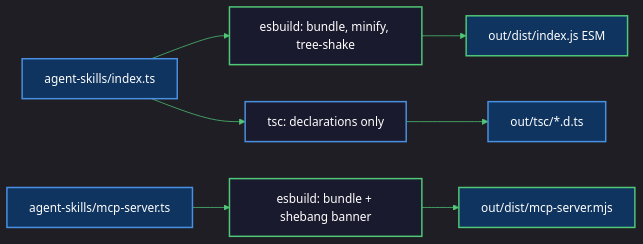
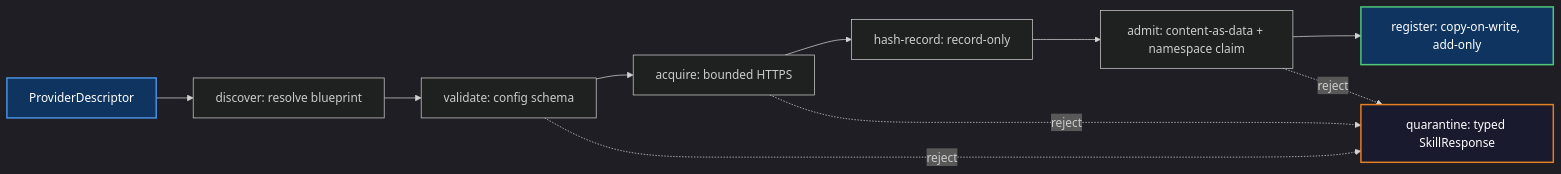
Before and after one commit to stdiobus/skills: the second of 3 diagrams in README.md, drawn with Mermaid. The commit also changed other lines of this file, not shown here.

First line of the commit message:
docs: update README with federated skills runtime and admission control

````diff
--- a/README.md
+++ b/README.md
@@ -589,23 +130,17 @@
 ```mermaid
-%%{init: {'theme':'dark', 'themeVariables':{'primaryColor':'#1a1a2e','primaryTextColor':'#fff','primaryBorderColor':'#4a90e2','lineColor':'#50c878','secondaryColor':'#16213e','tertiaryColor':'#0f3460'}}}%%
+%%{init: {'theme':'dark', 'themeVariables':{'actorBkg':'#1a1a2e','actorBorder':'#4a90e2','actorTextColor':'#fff','signalColor':'#50c878','signalTextColor':'#ddd','noteBkgColor':'#16213e','noteTextColor':'#fff','noteBorderColor':'#e67e22','activationBkgColor':'#0f3460','activationBorderColor':'#9b59b6','sequenceNumberColor':'#f39c12'}}}%%
 flowchart LR
-  SRC1[agent-skills/index.ts]
-  SRC2[agent-skills/mcp-server.ts]
+  D[ProviderDescriptor] --> DISC[discover: resolve blueprint]
+  DISC --> VAL[validate: config schema]
+  VAL --> ACQ[acquire: bounded HTTPS]
+  ACQ --> HASH[hash-record: record-only]
+  HASH --> ADMIT[admit: content-as-data + namespace claim]
+  ADMIT --> REG[register: copy-on-write, add-only]
+  VAL -.reject.-> Q[quarantine: typed SkillResponse]
+  ACQ -.reject.-> Q
+  ADMIT -.reject.-> Q
 
-  SRC1 --> ESB1[esbuild: bundle, minify, tree-shake]
-  SRC2 --> ESB2[esbuild: bundle + shebang banner]
-  SRC1 --> TSC[tsc: declarations only]
-
-  ESB1 --> DIST1[out/dist/index.js ESM]
-  ESB2 --> DIST2[out/dist/mcp-server.mjs]
-  TSC --> TYPES[out/tsc/*.d.ts]
-
-  style SRC1 fill:#0f3460,stroke:#4a90e2,stroke-width:2px,color:#fff
-  style SRC2 fill:#0f3460,stroke:#4a90e2,stroke-width:2px,color:#fff
-  style ESB1 fill:#1a1a2e,stroke:#50c878,stroke-width:2px,color:#fff
-  style ESB2 fill:#1a1a2e,stroke:#50c878,stroke-width:2px,color:#fff
-  style TSC fill:#1a1a2e,stroke:#4a90e2,stroke-width:2px,color:#fff
-  style DIST1 fill:#0f3460,stroke:#50c878,stroke-width:2px,color:#fff
-  style DIST2 fill:#0f3460,stroke:#50c878,stroke-width:2px,color:#fff
-  style TYPES fill:#0f3460,stroke:#4a90e2,stroke-width:2px,color:#fff
+  style D fill:#0f3460,stroke:#4a90e2,stroke-width:2px,color:#fff
+  style REG fill:#0f3460,stroke:#50c878,stroke-width:2px,color:#fff
+  style Q fill:#1a1a2e,stroke:#e67e22,stroke-width:2px,color:#fff
 ```
````
